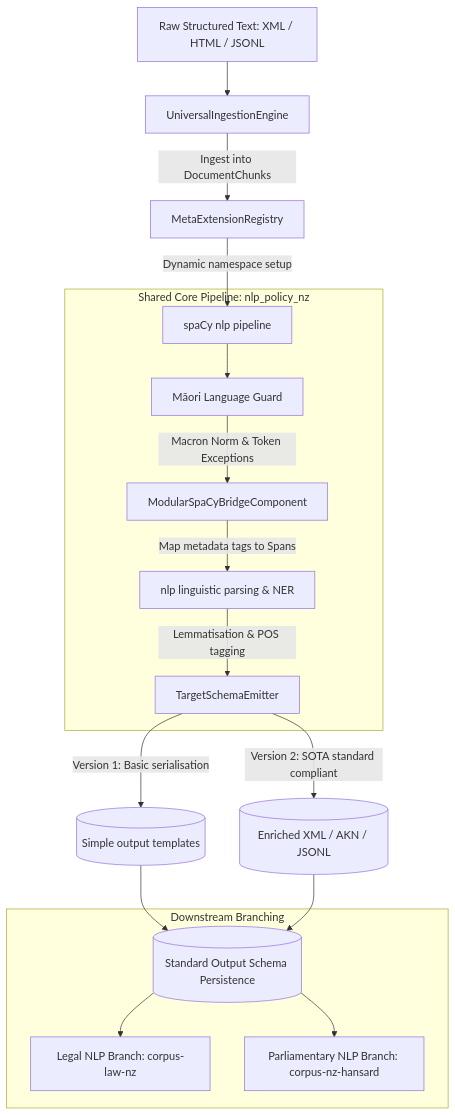
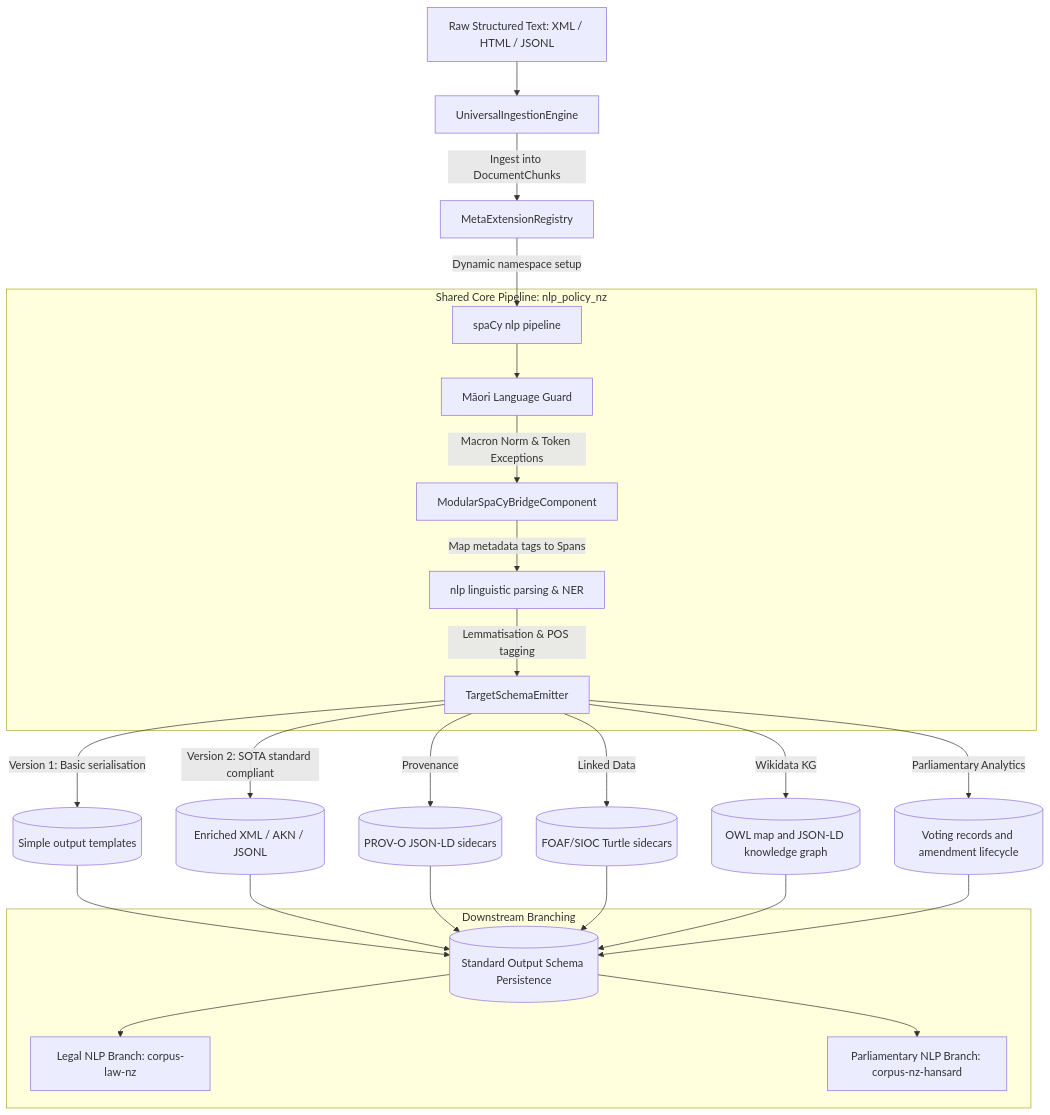
One commit to edithatogo/nlp-policy-nz changed the diagram in conductor/design.md. Above: the diagram before and after it, drawn with Mermaid. The commit also changed other lines of this file and 65 other files, not shown here.

````diff
--- a/conductor/design.md
+++ b/conductor/design.md
@@ -9,23 +9,27 @@
 ```mermaid
 graph TD
     A[Raw Structured Text: XML / HTML / JSONL] --> B[UniversalIngestionEngine]
     B -->|Ingest into DocumentChunks| C[MetaExtensionRegistry]
     C -->|Dynamic namespace setup| D[spaCy nlp pipeline]
     
     subgraph Shared Core Pipeline: nlp_policy_nz
         D --> E[Māori Language Guard]
         E -->|Macron Norm & Token Exceptions| F[ModularSpaCyBridgeComponent]
         F -->|Map metadata tags to Spans| G[nlp linguistic parsing & NER]
         G -->|Lemmatisation & POS tagging| H[TargetSchemaEmitter]
     end
     
     H -->|Version 1: Basic serialisation| I[(Simple output templates)]
     H -->|Version 2: SOTA standard compliant| J[(Enriched XML / AKN / JSONL)]
+    H -->|Provenance| P[(PROV-O JSON-LD sidecars)]
+    H -->|Linked Data| R[(FOAF/SIOC Turtle sidecars)]
+    H -->|Wikidata KG| W[(OWL map and JSON-LD knowledge graph)]
+    H -->|Parliamentary Analytics| V[(Voting records and amendment lifecycle)]
     
-    I & J --> K[(Standard Output Schema Persistence)]
+    I & J & P & R & W & V --> K[(Standard Output Schema Persistence)]
     
     subgraph Downstream Branching
         K --> L[Legal NLP Branch: corpus-law-nz]
         K --> M[Parliamentary NLP Branch: corpus-nz-hansard]
     end
 ```
````
